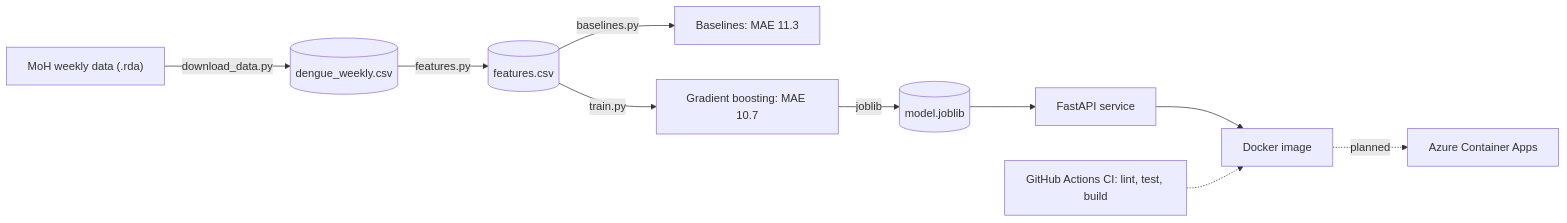
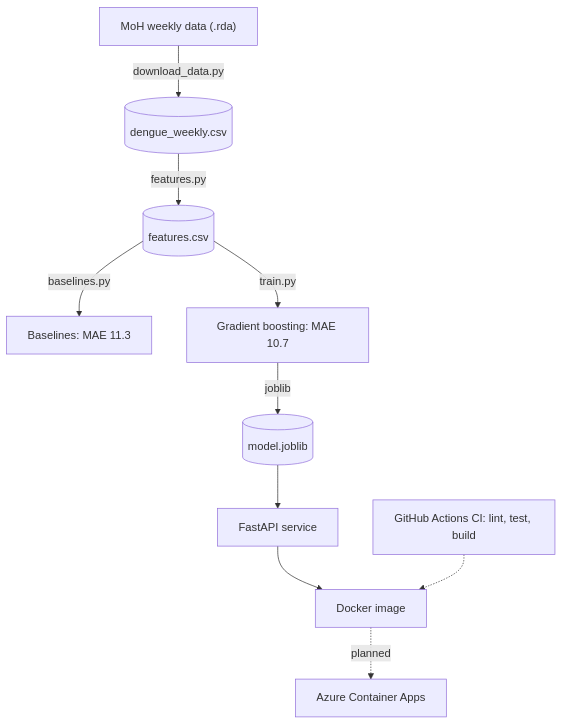
One commit to Danishiyan/dengue-early-warning changed the diagram in README.md. Above: the diagram before and after it, drawn with Mermaid.

Commit message:
docs: switch architecture diagram to top-down layout

````diff
--- a/README.md
+++ b/README.md
@@ -11,12 +11,12 @@
 ```mermaid
-flowchart LR
+flowchart TD
     A["MoH weekly data (.rda)"] -->|download_data.py| B[("dengue_weekly.csv")]
     B -->|features.py| C[("features.csv")]
     C -->|baselines.py| D["Baselines: MAE 11.3"]
     C -->|train.py| E["Gradient boosting: MAE 10.7"]
     E -->|joblib| F[("model.joblib")]
     F --> G["FastAPI service"]
     G --> H["Docker image"]
     H -.->|planned| I["Azure Container Apps"]
     J["GitHub Actions CI: lint, test, build"] -.-> H
 ```
````
